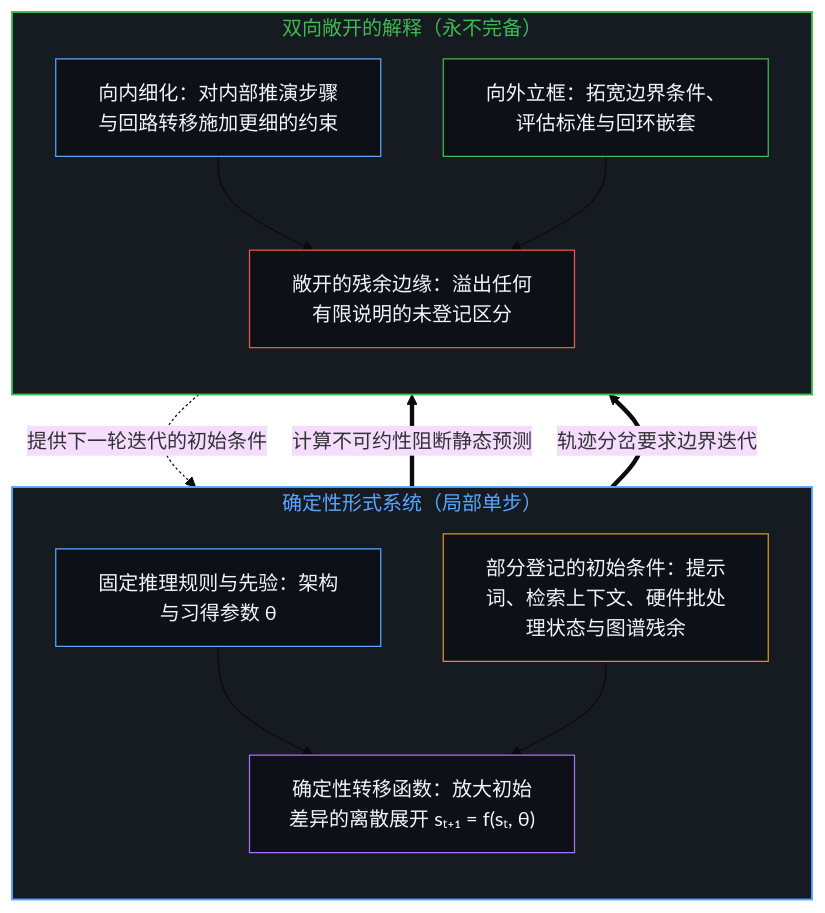
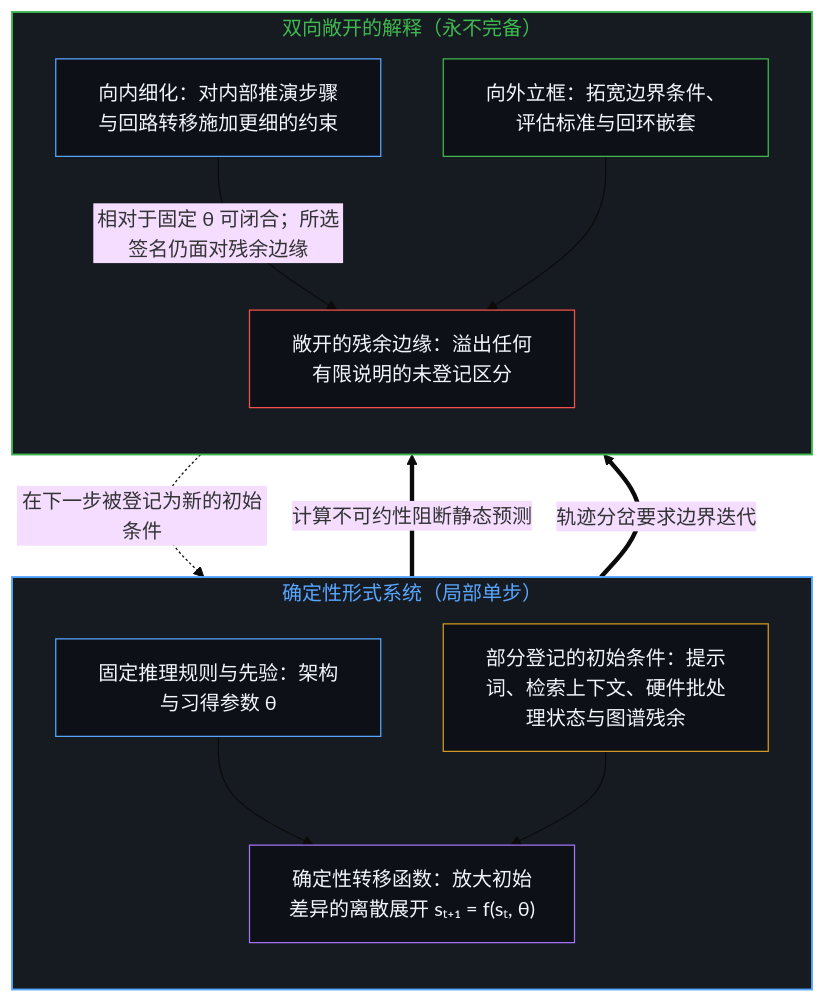
The first of 4 diagrams in content/posts/boundary-condition-graphs-as-memory-and-control-in-recursive-formal-systems.md (powerpig99/not-a-toe), drawn with Mermaid (base theme) before and after one commit. The commit also changed other lines of this file and 11 other files, not shown here.

Commit message:
sleep(L1): refine 11 L1 neighbors under architecture-of-recursive-distinction@fa1f60b7

````diff
--- a/content/posts/boundary-condition-graphs-as-memory-and-control-in-recursive-formal-systems.md
+++ b/content/posts/boundary-condition-graphs-as-memory-and-control-in-recursive-formal-systems.md
@@ -17,30 +17,30 @@
 ```mermaid
 flowchart TD
     subgraph S_Formal["确定性形式系统（局部单步）"]
         direction TB
         Priors["固定推理规则与先验：架构与习得参数 θ"]
         Init["部分登记的初始条件：提示词、检索上下文、硬件批处理状态与图谱残余"]
         Trans["确定性转移函数：放大初始差异的离散展开 sₜ₊₁ = f(sₜ, θ)"]
         Priors --> Trans
         Init --> Trans
     end
     subgraph S_Open["双向敞开的解释（永不完备）"]
         direction TB
         Inward["向内细化：对内部推演步骤与回路转移施加更细的约束"]
         Outward["向外立框：拓宽边界条件、评估标准与回环嵌套"]
         Residual["敞开的残余边缘：溢出任何有限说明的未登记区分"]
-        Inward --> Residual
+        Inward -->|"相对于固定 θ 可闭合；所选签名仍面对残余边缘"| Residual
         Outward --> Residual
     end
     Trans ==>|"计算不可约性阻断静态预测"| Inward
     Trans ==>|"轨迹分岔要求边界迭代"| Outward
-    Residual -.->|"提供下一轮迭代的初始条件"| Init
+    Residual -.->|"在下一步被登记为新的初始条件"| Init
     style S_Formal fill:#161b22,stroke:#58a6ff,stroke-width:1.5px,color:#58a6ff
     style S_Open fill:#161b22,stroke:#3fb950,stroke-width:1.5px,color:#3fb950
     style Priors fill:#0d1117,stroke:#58a6ff,stroke-width:1px,color:#f0f6fc
     style Init fill:#0d1117,stroke:#d29922,stroke-width:1px,color:#f0f6fc
     style Trans fill:#0d1117,stroke:#a371f7,stroke-width:1px,color:#f0f6fc
     style Inward fill:#0d1117,stroke:#58a6ff,stroke-width:1px,color:#f0f6fc
     style Outward fill:#0d1117,stroke:#3fb950,stroke-width:1px,color:#f0f6fc
     style Residual fill:#0d1117,stroke:#f85149,stroke-width:1px,color:#f0f6fc
 ```
````
